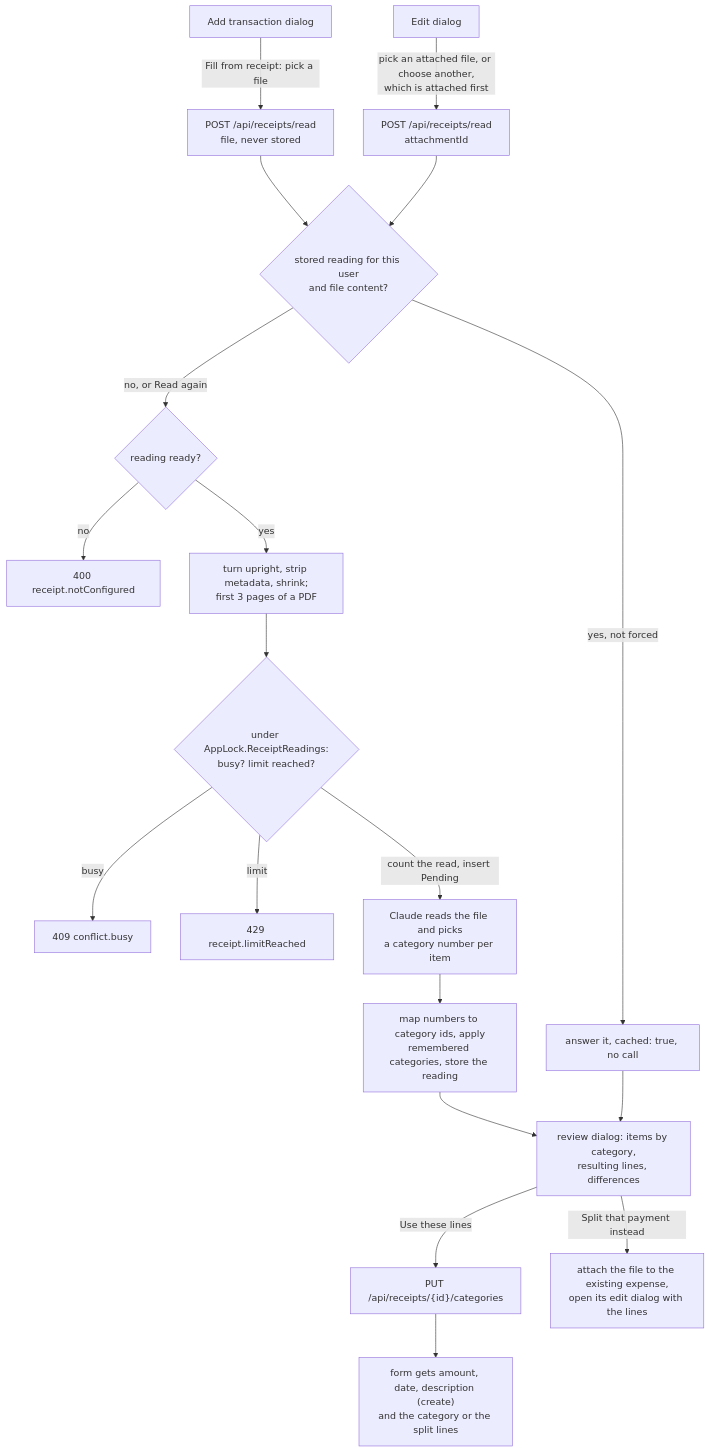
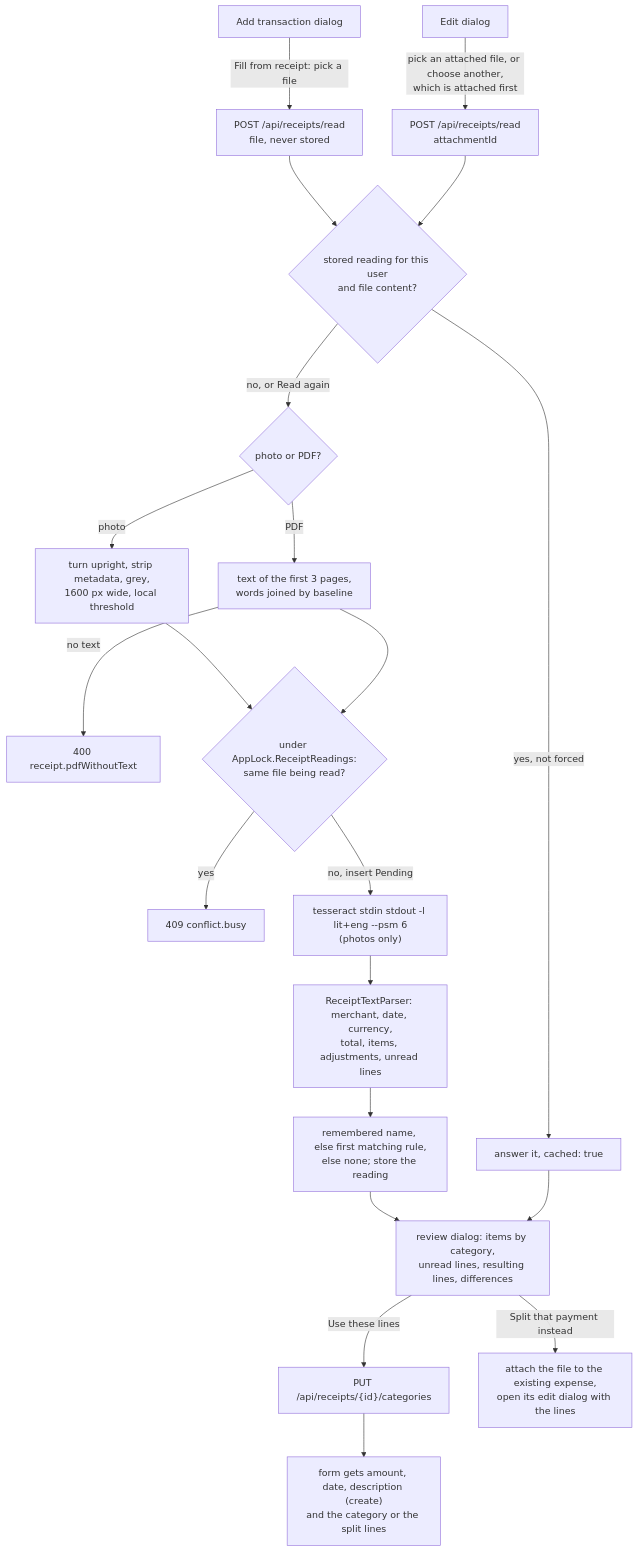
Before and after one commit to Justxs/Jx-Finance: the diagram in docs/features/receipt-reading.md, drawn with Mermaid. The commit also changed other lines of this file and 120 other files, not shown here.

````diff
--- a/docs/features/receipt-reading.md
+++ b/docs/features/receipt-reading.md
@@ -19,21 +19,23 @@
 ```mermaid
 flowchart TD
     Create["Add transaction dialog"] -->|"Fill from receipt: pick a file"| Upload["POST /api/receipts/read<br/>file, never stored"]
     Edit["Edit dialog"] -->|"pick an attached file, or choose another,<br/>which is attached first"| Attached["POST /api/receipts/read<br/>attachmentId"]
     Upload --> Service
     Attached --> Service
-    Service{"stored reading for this user<br/>and file content?"} -->|"yes, not forced"| Cached["answer it, cached: true, no call"]
-    Service -->|"no, or Read again"| Ready{"reading ready?"}
-    Ready -->|"no"| NotConfigured["400 receipt.notConfigured"]
-    Ready -->|"yes"| Prepare["turn upright, strip metadata, shrink;<br/>first 3 pages of a PDF"]
-    Prepare --> Count{"under AppLock.ReceiptReadings:<br/>busy? limit reached?"}
-    Count -->|"busy"| Busy["409 conflict.busy"]
-    Count -->|"limit"| Limit["429 receipt.limitReached"]
-    Count -->|"count the read, insert Pending"| Call["Claude reads the file and picks<br/>a category number per item"]
-    Call --> Store["map numbers to category ids, apply<br/>remembered categories, store the reading"]
-    Store --> Review["review dialog: items by category,<br/>resulting lines, differences"]
+    Service{"stored reading for this user<br/>and file content?"} -->|"yes, not forced"| Cached["answer it, cached: true"]
+    Service -->|"no, or Read again"| Prepare{"photo or PDF?"}
+    Prepare -->|"photo"| Image["turn upright, strip metadata, grey,<br/>1600 px wide, local threshold"]
+    Prepare -->|"PDF"| Text["text of the first 3 pages,<br/>words joined by baseline"]
+    Text -->|"no text"| NoText["400 receipt.pdfWithoutText"]
+    Image --> Busy{"under AppLock.ReceiptReadings:<br/>same file being read?"}
+    Text --> Busy
+    Busy -->|"yes"| Conflict["409 conflict.busy"]
+    Busy -->|"no, insert Pending"| Ocr["tesseract stdin stdout -l lit+eng --psm 6<br/>(photos only)"]
+    Ocr --> Parse["ReceiptTextParser: merchant, date, currency,<br/>total, items, adjustments, unread lines"]
+    Parse --> Categories["remembered name, else first matching rule,<br/>else none; store the reading"]
+    Categories --> Review["review dialog: items by category,<br/>unread lines, resulting lines, differences"]
     Cached --> Review
     Review -->|"Use these lines"| Learn["PUT /api/receipts/{id}/categories"]
     Learn --> Form["form gets amount, date, description (create)<br/>and the category or the split lines"]
     Review -->|"Split that payment instead"| Candidate["attach the file to the existing expense,<br/>open its edit dialog with the lines"]
 ```
````
